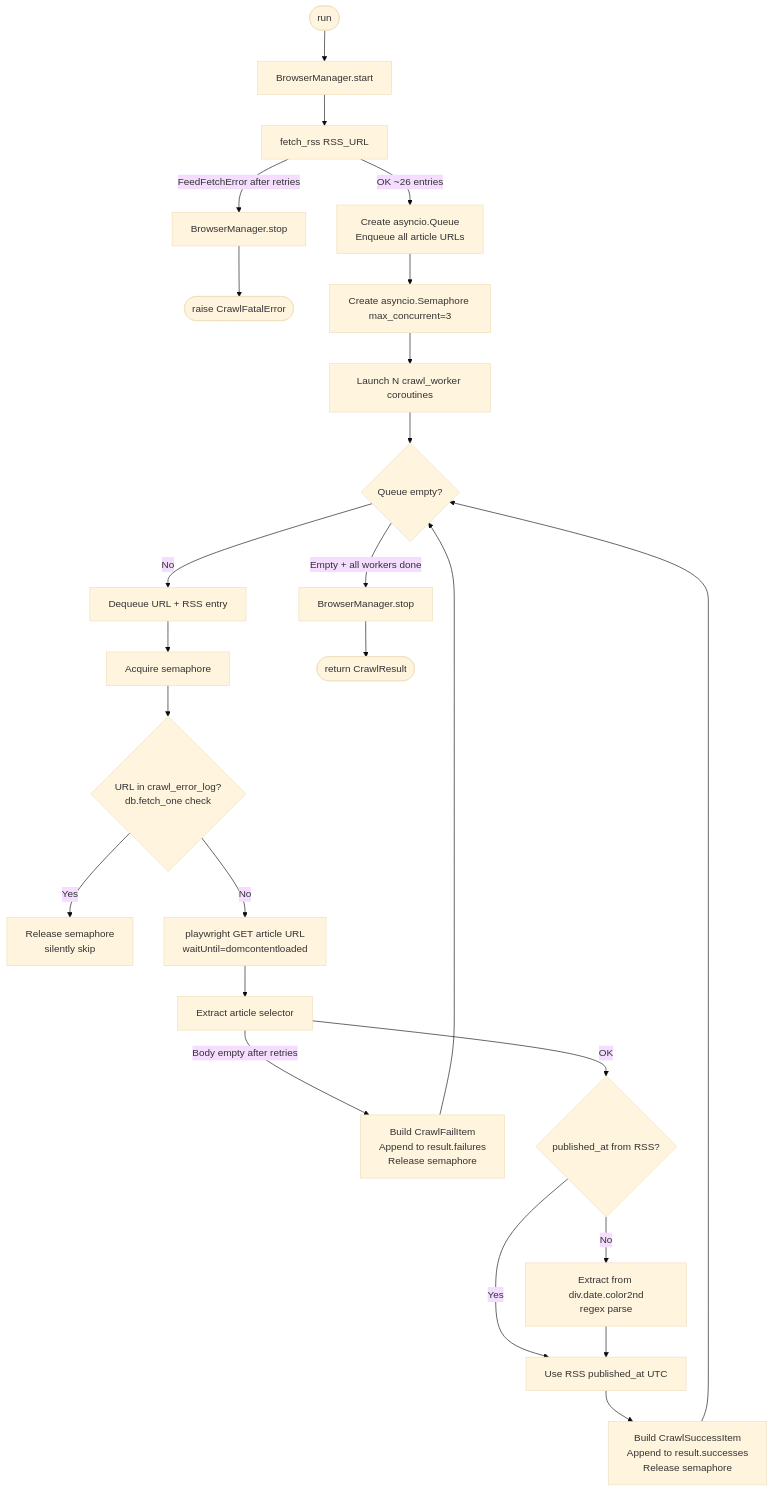
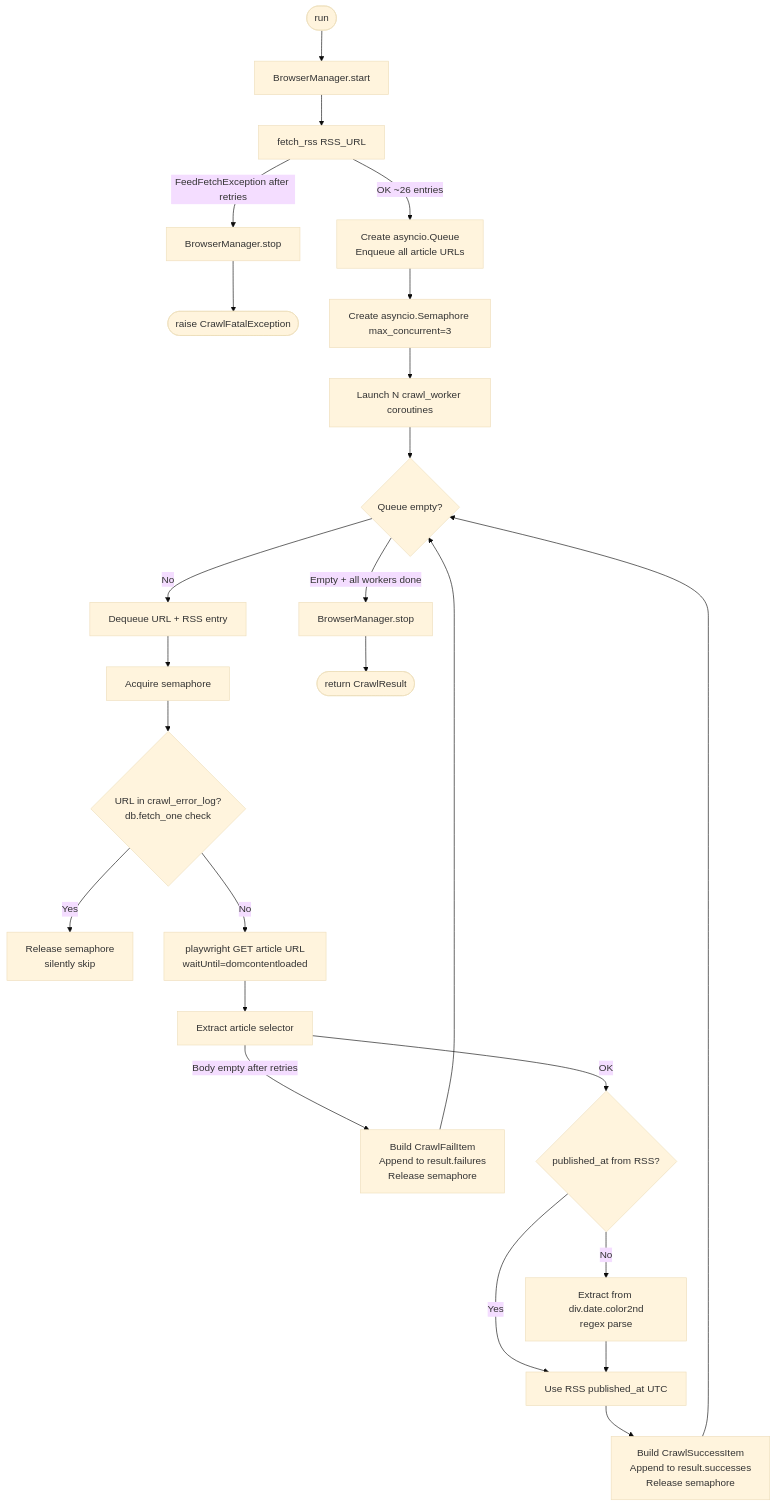
Before and after one commit to mars-xiaoyi/wealthfinder: the seventh of 11 diagrams in stock-assistant-data-ingestion/docs/implementation.md, drawn with Mermaid (base theme). The commit also changed other lines of this file and 30 other files, not shown here.

````diff
--- a/stock-assistant-data-ingestion/docs/implementation.md
+++ b/stock-assistant-data-ingestion/docs/implementation.md
@@ -1291,26 +1302,26 @@
 ```mermaid
 flowchart TD
     A([run]) --> START[BrowserManager.start]
     START --> B[fetch_rss RSS_URL]
-    B -->|FeedFetchError after retries| C[BrowserManager.stop]
-    C --> C2([raise CrawlFatalError])
+    B -->|FeedFetchException after retries| C[BrowserManager.stop]
+    C --> C2([raise CrawlFatalException])
     B -->|OK ~26 entries| D[Create asyncio.Queue\nEnqueue all article URLs]
     D --> E[Create asyncio.Semaphore max_concurrent=3]
     E --> F[Launch N crawl_worker coroutines]
     F --> G{Queue empty?}
     G -->|No| H[Dequeue URL + RSS entry]
     H --> I[Acquire semaphore]
     I --> J{URL in crawl_error_log?\ndb.fetch_one check}
     J -->|Yes| SKIP[Release semaphore\nsilently skip]
     J -->|No| JJ[playwright GET article URL\nwaitUntil=domcontentloaded]
     JJ --> K[Extract article selector]
     K -->|Body empty after retries| L[Build CrawlFailItem\nAppend to result.failures\nRelease semaphore]
     K -->|OK| M{published_at from RSS?}
     M -->|No| N[Extract from div.date.color2nd\nregex parse]
     M -->|Yes| O[Use RSS published_at UTC]
     N --> O
     O --> P[Build CrawlSuccessItem\nAppend to result.successes\nRelease semaphore]
     L & P --> G
     G -->|Empty + all workers done| S[BrowserManager.stop]
     S --> T([return CrawlResult])
 ```
````
